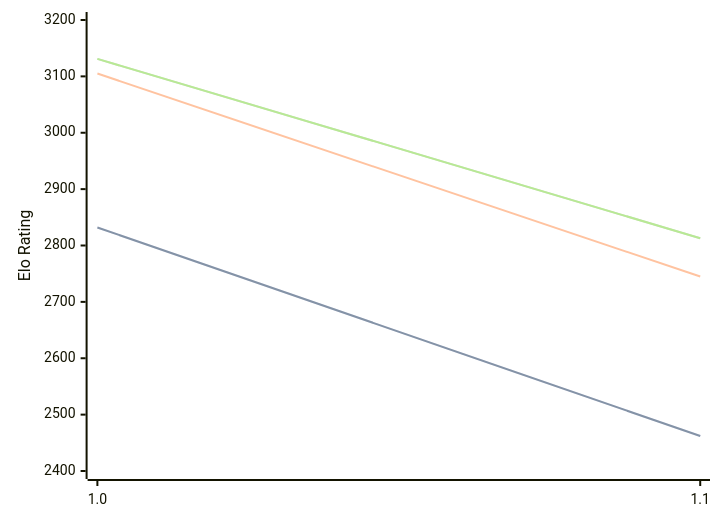
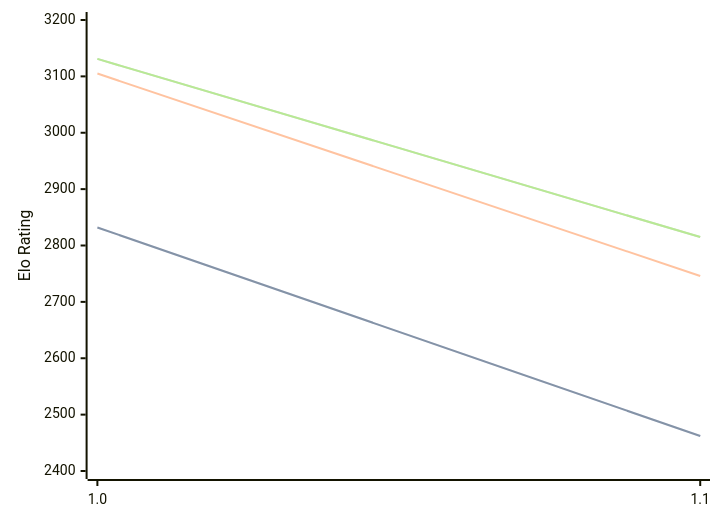
Before and after one commit to computer-chess-index/cci: the diagram in engines/Publius.md, drawn with Mermaid. The commit also changed other lines of this file, not shown here.

Commit message:
Update CCI Ratings (ELO VLTC) - 2026-08-23

````diff
--- a/engines/Publius.md
+++ b/engines/Publius.md
@@ -32,11 +32,11 @@
 ```mermaid
 %%{init: {"theme":"base","themeVariables":{"seriesColors:['#a3a3a3','#222221','#faa371']}}}%%
 xychart-beta
   x-axis ["1.0", "1.1"]
   y-axis "Elo Rating" 2400 --> 3200
   line "STC (8.0+0.08s)" [2832, 2462]
   line "STC (8.0+0.08s)" [2832, 2462]
-  line "LTC (60.0+0.60s)" [3105, 2745]
-  line "VLTC (2m24s+1.12s)" [3131, 2813]
-  line "VLTC (2m24s+1.12s)" [3131, 2813]
+  line "LTC (60.0+0.60s)" [3105, 2746]
+  line "VLTC (2m24s+1.12s)" [3131, 2815]
+  line "VLTC (2m24s+1.12s)" [3131, 2815]
 ```
````
